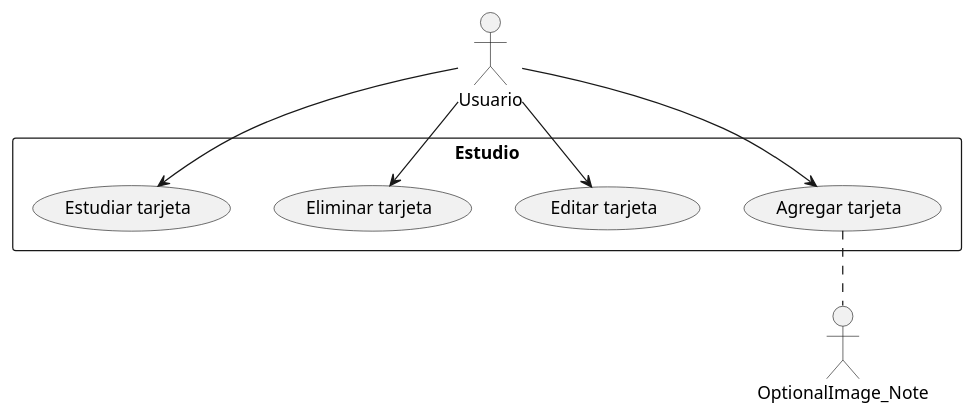
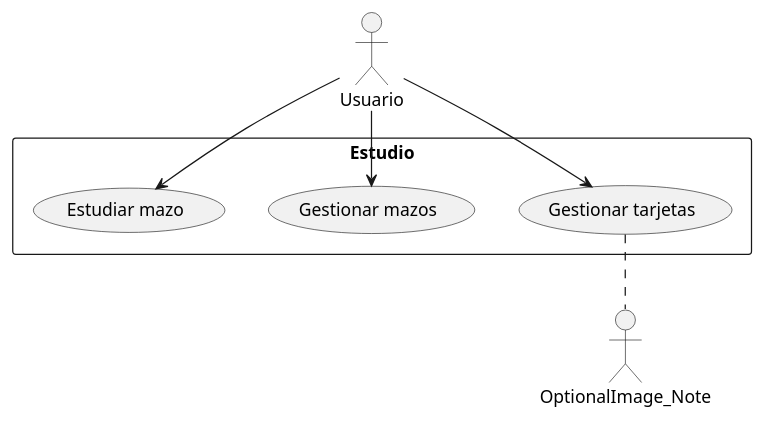
The diagram in uc3_study.puml (PricedTuna/leairn-uc), drawn with PlantUML before and after one commit. The commit also changed 5 other files, not shown here.

```diff
--- a/uc3_study.puml
+++ b/uc3_study.puml
@@ -1,14 +1,12 @@
 ' UC3 - Estudio
 rectangle "Estudio" {
-  usecase "Agregar tarjeta"   as UC3_1
-  usecase "Editar tarjeta"    as UC3_2
-  usecase "Eliminar tarjeta"  as UC3_3
-  usecase "Estudiar tarjeta"  as UC3_4
+  usecase "Gestionar tarjetas"  as UC3_1
+  usecase "Gestionar mazos"     as UC3_2
+  usecase "Estudiar mazo"       as UC3_3
 }
 
 UC3_1 .. OptionalImage_Note
 
 Usuario --> UC3_1
 Usuario --> UC3_2
 Usuario --> UC3_3
-Usuario --> UC3_4
```
